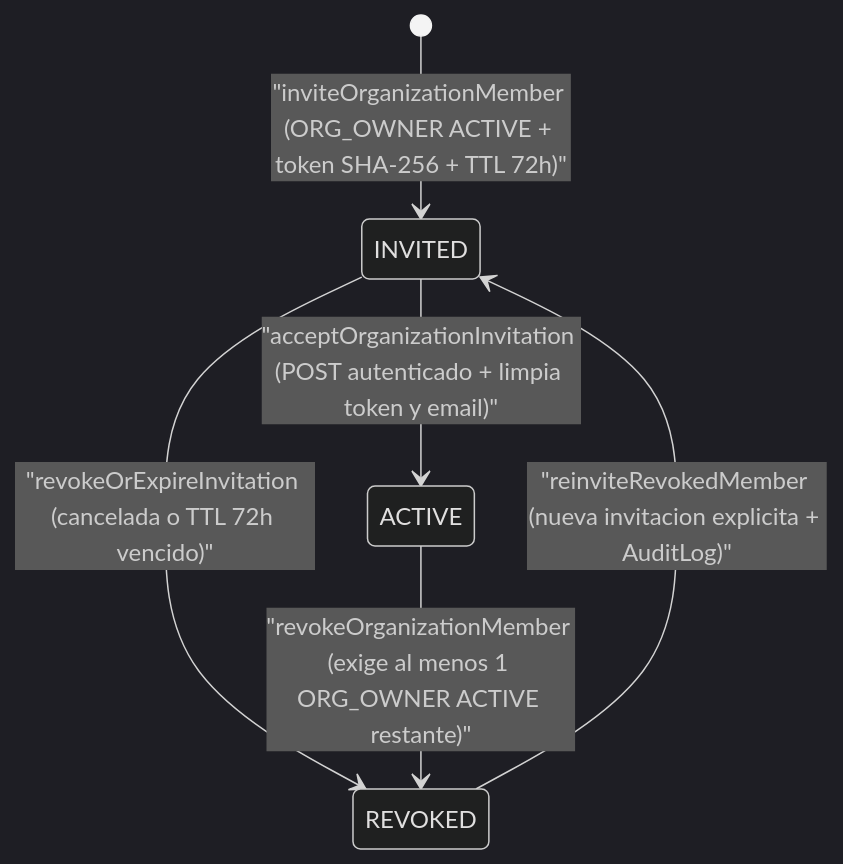
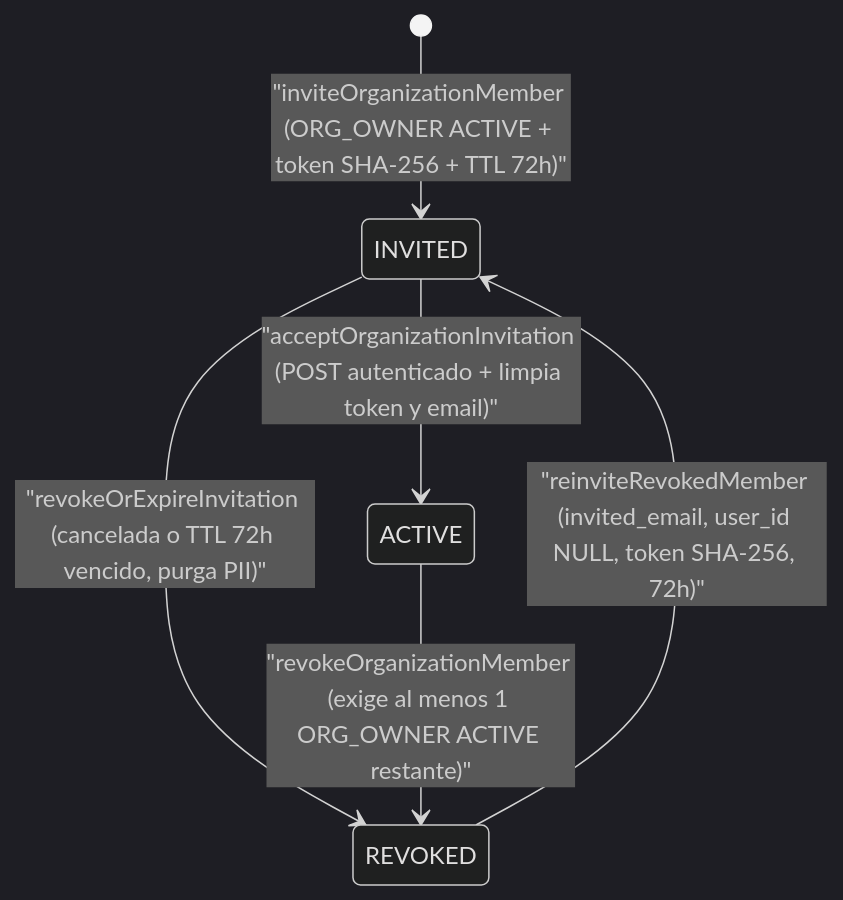
One commit to davidcanolopez/oak_platform changed the sixth of 6 diagrams in docs/architecture/DOMAIN_MODEL_AND_INVARIANTS.md. Above: the diagram before and after it, drawn with Mermaid (dark theme). The commit also changed other lines of this file and 4 other files, not shown here.

````diff
--- a/docs/architecture/DOMAIN_MODEL_AND_INVARIANTS.md
+++ b/docs/architecture/DOMAIN_MODEL_AND_INVARIANTS.md
@@ -504,8 +510,8 @@
 ```mermaid
 stateDiagram-v2
     [*] --> INVITED : "inviteOrganizationMember (ORG_OWNER ACTIVE + token SHA-256 + TTL 72h)"
     INVITED --> ACTIVE : "acceptOrganizationInvitation (POST autenticado + limpia token y email)"
-    INVITED --> REVOKED : "revokeOrExpireInvitation (cancelada o TTL 72h vencido)"
+    INVITED --> REVOKED : "revokeOrExpireInvitation (cancelada o TTL 72h vencido, purga PII)"
     ACTIVE --> REVOKED : "revokeOrganizationMember (exige al menos 1 ORG_OWNER ACTIVE restante)"
-    REVOKED --> INVITED : "reinviteRevokedMember (nueva invitacion explicita + AuditLog)"
+    REVOKED --> INVITED : "reinviteRevokedMember (invited_email, user_id NULL, token SHA-256, 72h)"
 ```
````
